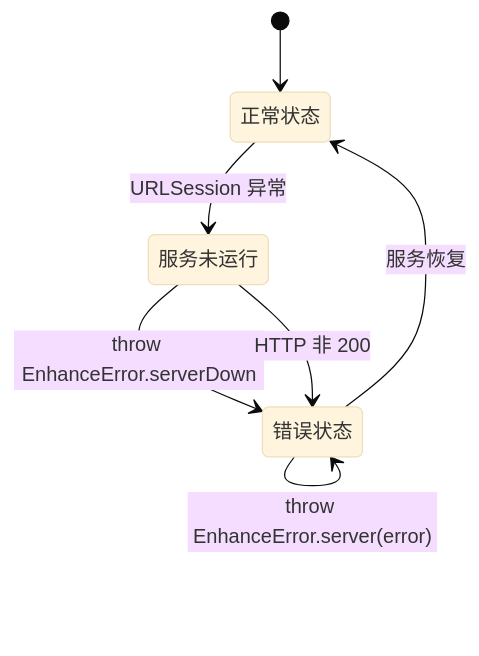
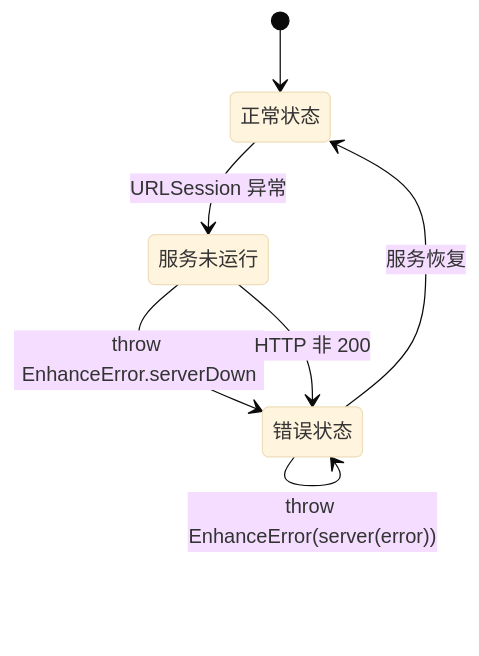
One commit to WyRainBow/PromptCocoPilot changed diagram 11 of 14 in .qoder/repowiki/zh/content/核心架构/浮动窗口系统.md. Above: the diagram before and after it, drawn with Mermaid (base theme). The commit also changed other lines of this file and 57 other files, not shown here.

````diff
--- a/.qoder/repowiki/zh/content/核心架构/浮动窗口系统.md
+++ b/.qoder/repowiki/zh/content/核心架构/浮动窗口系统.md
@@ -452,9 +537,9 @@
 ```mermaid
 stateDiagram-v2
 [*] --> 正常状态
 正常状态 --> 服务未运行 : URLSession 异常
 服务未运行 --> 错误状态 : throw EnhanceError.serverDown
 错误状态 --> 正常状态 : 服务恢复
 服务未运行 --> 错误状态 : HTTP 非 200
-错误状态 --> 错误状态 : throw EnhanceError.server(error)
+错误状态 --> 错误状态 : throw EnhanceError(server(error))
 ```
````
